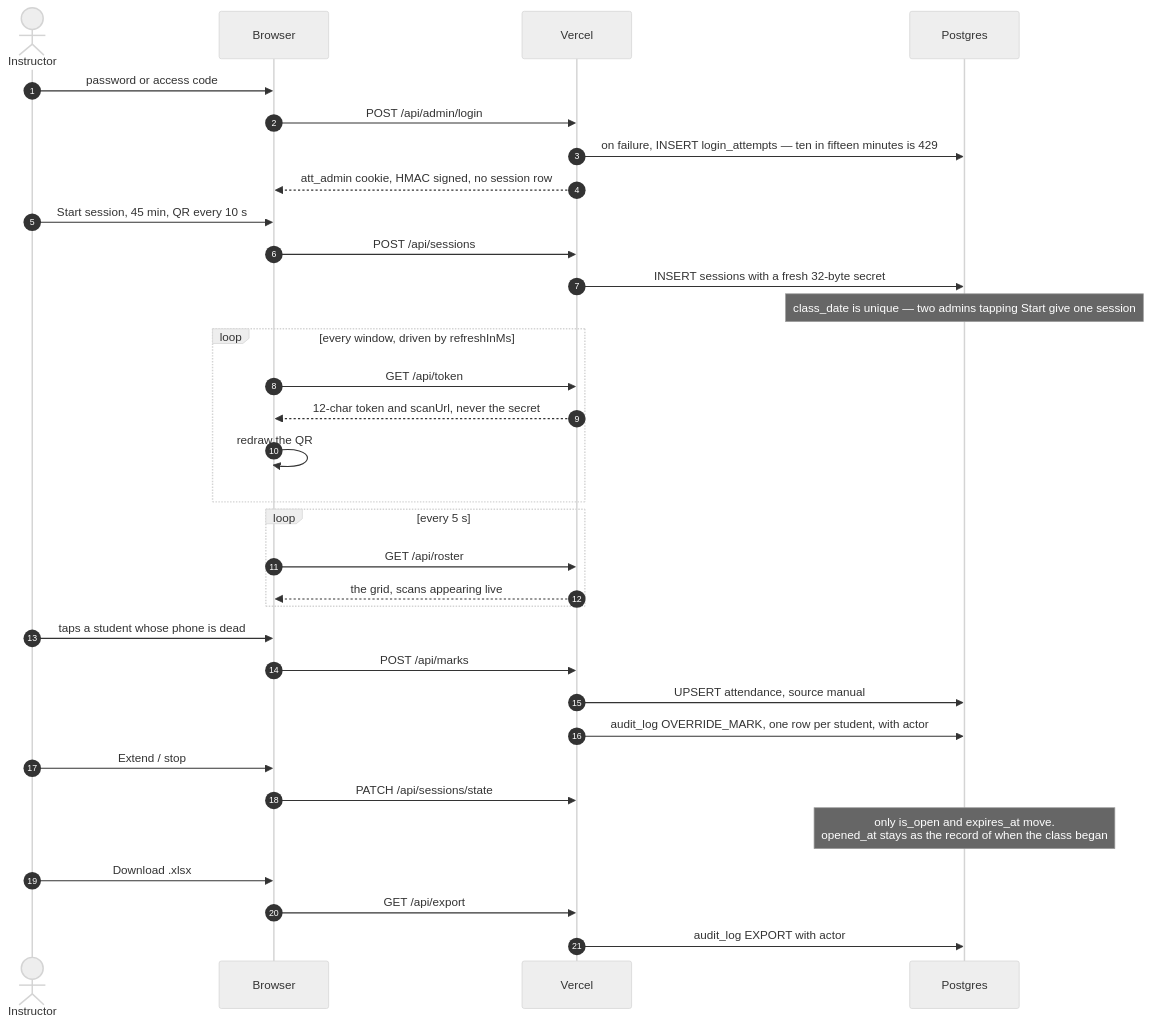
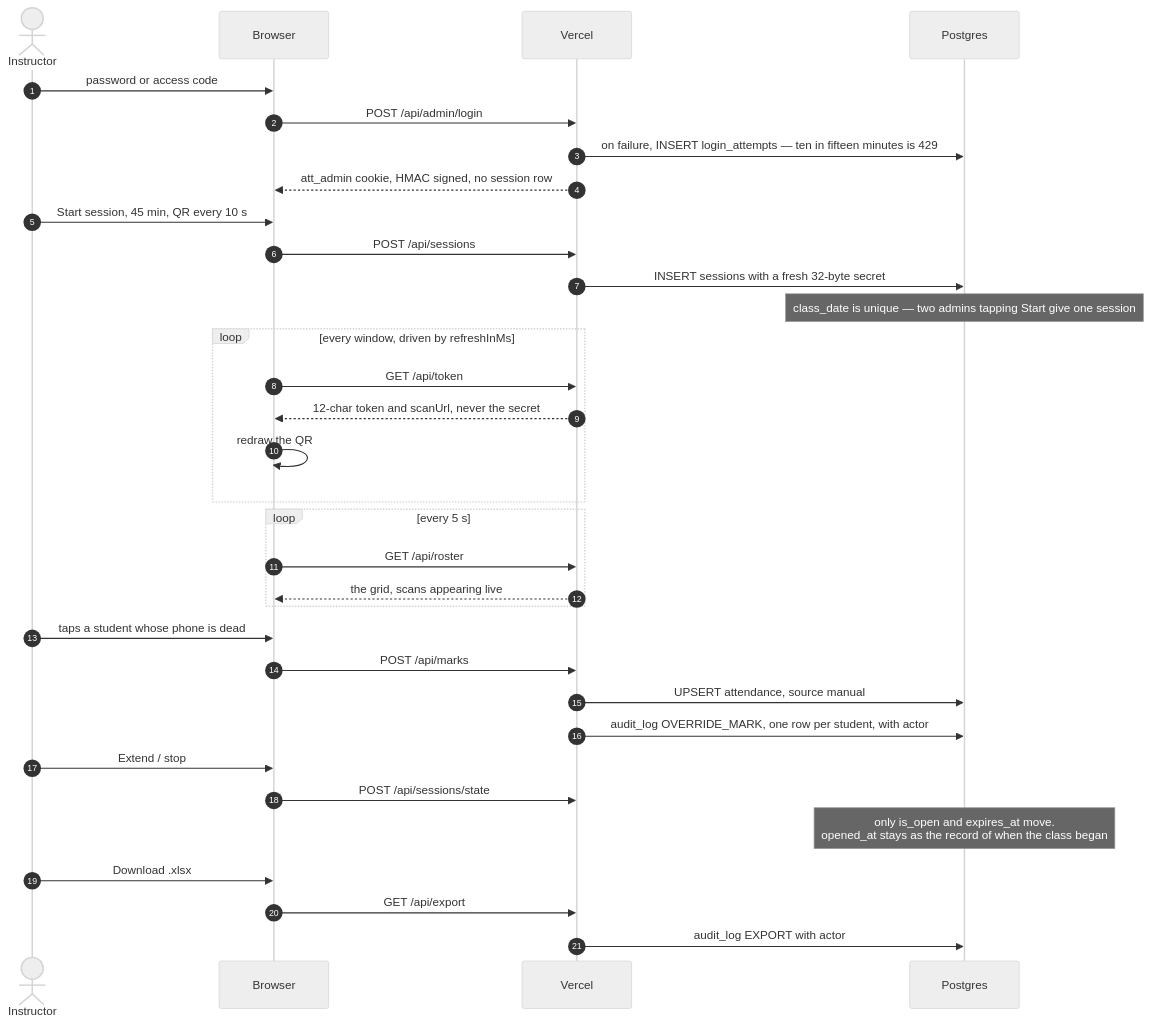
One commit to dibya-roy-sundar/APP_Attendance changed the eighth of 8 diagrams in README.md. Above: the diagram before and after it, drawn with Mermaid (neutral theme).

Commit message:
Fix the admin sequence diagram: sessions/state is POST, not PATCH
Found by writing a production verification script from the diagram and getting
a 400 back. The route reads POST; the diagram committed yesterday said PATCH.

````diff
--- a/README.md
+++ b/README.md
@@ -332,36 +332,36 @@
 ```mermaid
 sequenceDiagram
   autonumber
   actor A as Instructor
   participant B as Browser
   participant V as Vercel
   participant P as Postgres
 
   A->>B: password or access code
   B->>V: POST /api/admin/login
   V->>P: on failure, INSERT login_attempts — ten in fifteen minutes is 429
   V-->>B: att_admin cookie, HMAC signed, no session row
   A->>B: Start session, 45 min, QR every 10 s
   B->>V: POST /api/sessions
   V->>P: INSERT sessions with a fresh 32-byte secret
   Note over P: class_date is unique — two admins tapping Start give one session
   loop every window, driven by refreshInMs
     B->>V: GET /api/token
     V-->>B: 12-char token and scanUrl, never the secret
     B->>B: redraw the QR
   end
   loop every 5 s
     B->>V: GET /api/roster
     V-->>B: the grid, scans appearing live
   end
   A->>B: taps a student whose phone is dead
   B->>V: POST /api/marks
   V->>P: UPSERT attendance, source manual
   V->>P: audit_log OVERRIDE_MARK, one row per student, with actor
   A->>B: Extend / stop
-  B->>V: PATCH /api/sessions/state
+  B->>V: POST /api/sessions/state
   Note over P: only is_open and expires_at move.<br/>opened_at stays as the record of when the class began
   A->>B: Download .xlsx
   B->>V: GET /api/export
   V->>P: audit_log EXPORT with actor
 ```
````
